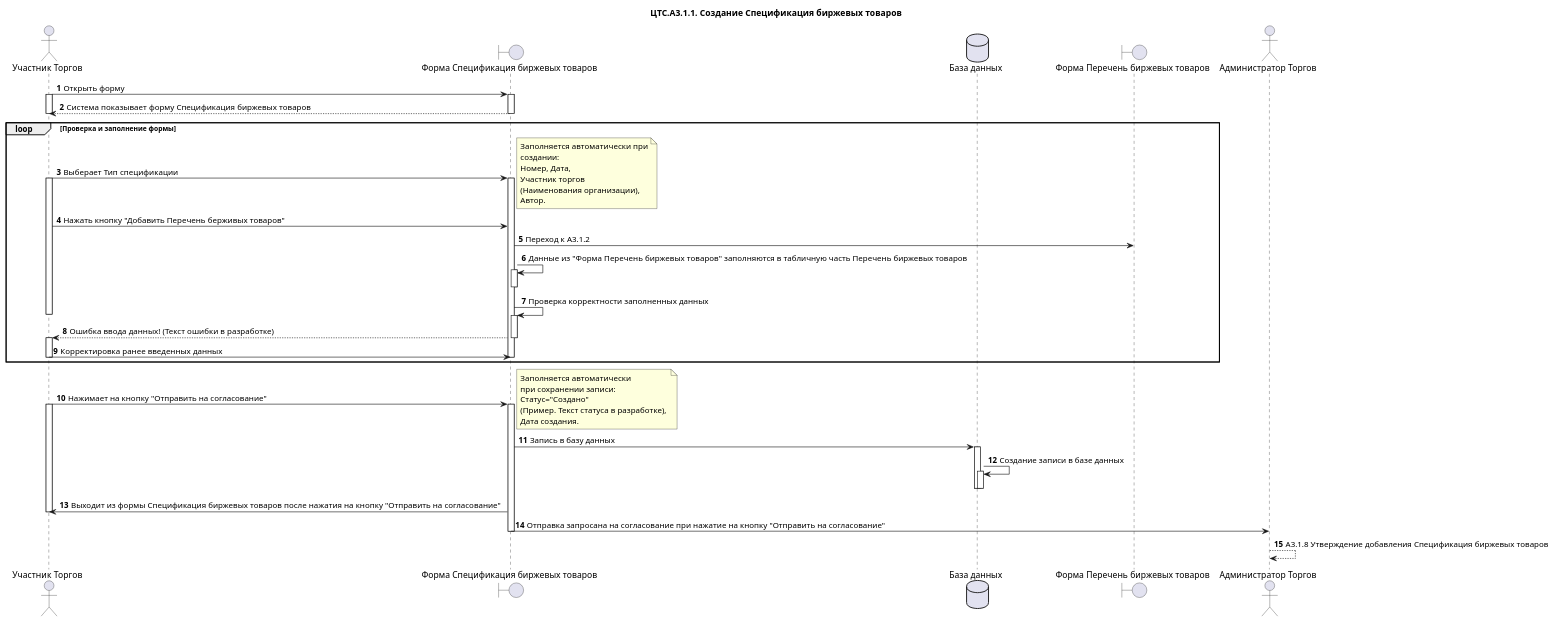
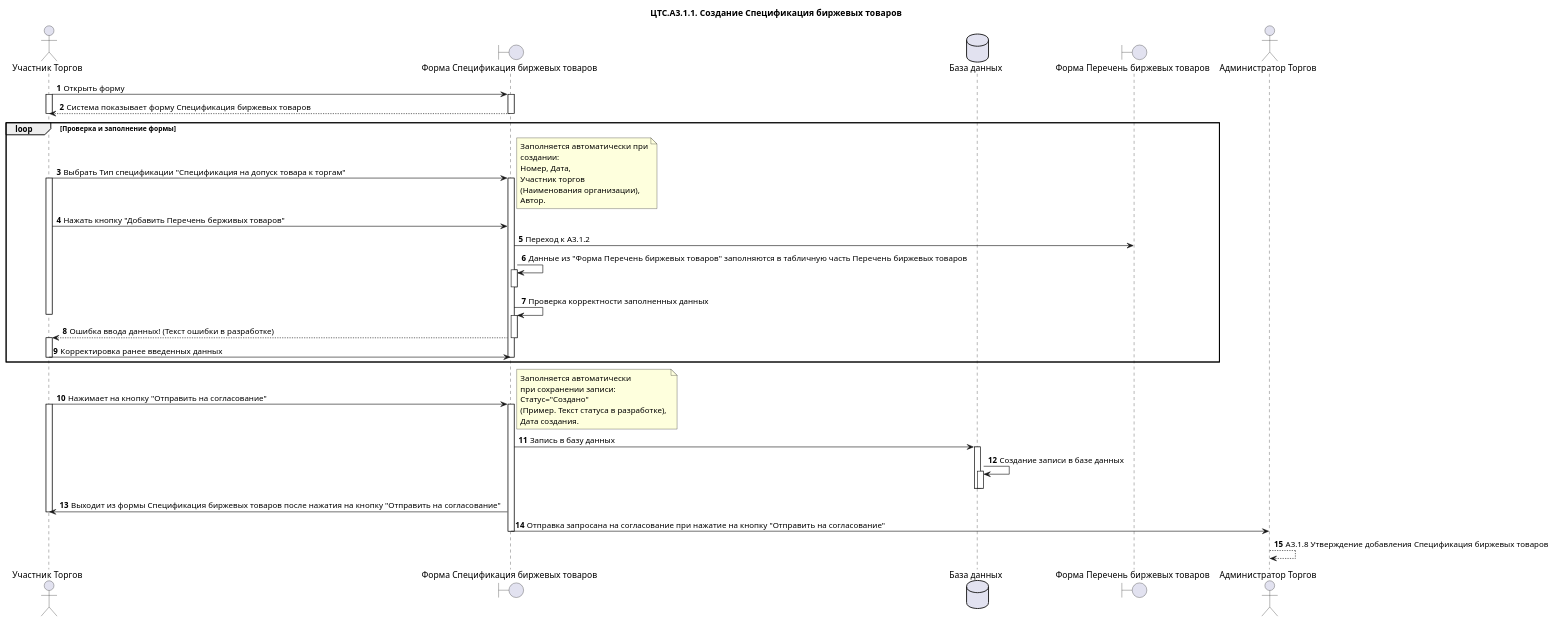
One commit to moaxmoaxpxrf4jag/CTS.Documentation changed the diagram in Project solutions/БП. Диаграммы/A3.Управление Каталогом ТРУ/A3.1.Допуск товара к торгам/ЦТС.А3.1.1 Создание Спецификация биржевых товаров.wsd. Above: the diagram before and after it, drawn with PlantUML.

```diff
--- a/Project solutions/БП. Диаграммы/A3.Управление Каталогом ТРУ/A3.1.Допуск товара к торгам/ЦТС.А3.1.1 Создание Спецификация биржевых товаров.wsd
+++ b/Project solutions/БП. Диаграммы/A3.Управление Каталогом ТРУ/A3.1.Допуск товара к торгам/ЦТС.А3.1.1 Создание Спецификация биржевых товаров.wsd
@@ -1,77 +1,77 @@
 @startuml "ЦТС.А3.1 Допуск товара к торгам"
 title "ЦТС.А3.1.1. Создание Спецификация биржевых товаров"
 actor "Участник Торгов" as User
 boundary "Форма Спецификация биржевых товаров" as SpecificationForm
 database "База данных" as Database
 boundary "Форма Перечень биржевых товаров" as SpecificationCommoditiesForm
 actor "Администратор Торгов" as UserCTS
 
 autonumber
 User -> SpecificationForm: Открыть форму
 activate User
 activate SpecificationForm
 
 SpecificationForm-->User: Система показывает форму Спецификация биржевых товаров
 deactivate User
 deactivate SpecificationForm
 
 loop Проверка и заполнение формы
 
-User -> SpecificationForm: Выберает Тип спецификации
+User -> SpecificationForm: Выбрать Тип спецификации "Спецификация на допуск товара к торгам"
 note right
     Заполняется автоматически при
     создании: 
     Номер, Дата, 
     Участник торгов
     (Наименования организации), 
     Автор.
  end note
 activate User
 activate SpecificationForm
 
 User -> SpecificationForm: Нажать кнопку "Добавить Перечень берживых товаров"
 SpecificationForm -> SpecificationCommoditiesForm: Переход к А3.1.2
 SpecificationForm -> SpecificationForm: Данные из "Форма Перечень биржевых товаров" заполняются в табличную часть Перечень биржевых товаров
 activate SpecificationForm
 deactivate SpecificationForm
 SpecificationForm -> SpecificationForm: Проверка корректности заполненных данных 
 activate SpecificationForm
 deactivate User
 
 SpecificationForm --> User: Ошибка ввода данных! (Текст ошибки в разработке) 
 deactivate SpecificationForm
 activate User
 
 User->SpecificationForm: Корректировка ранее введенных данных
 deactivate User
 deactivate SpecificationForm
 end
 
 
 User -> SpecificationForm: Нажимает на кнопку "Отправить на согласование"
 activate SpecificationForm
 activate User
 note right
     Заполняется автоматически 
     при сохранении записи: 
     Статус="Создано"
     (Пример. Текст статуса в разработке), 
     Дата создания.
 end note
 SpecificationForm->Database: Запись в базу данных
 
 
 activate Database
 Database->Database: Создание записи в базе данных
 activate Database
 deactivate Database
 deactivate Database
 SpecificationForm->User: Выходит из формы Спецификация биржевых товаров после нажатия на кнопку "Отправить на согласование"
 
 deactivate User
 
 SpecificationForm->UserCTS: Отправка запросана на согласование при нажатие на кнопку "Отправить на согласование"
 deactivate SpecificationForm
 UserCTS-->UserCTS: А3.1.8 Утверждение добавления Спецификация биржевых товаров
 
 @enduml
```
